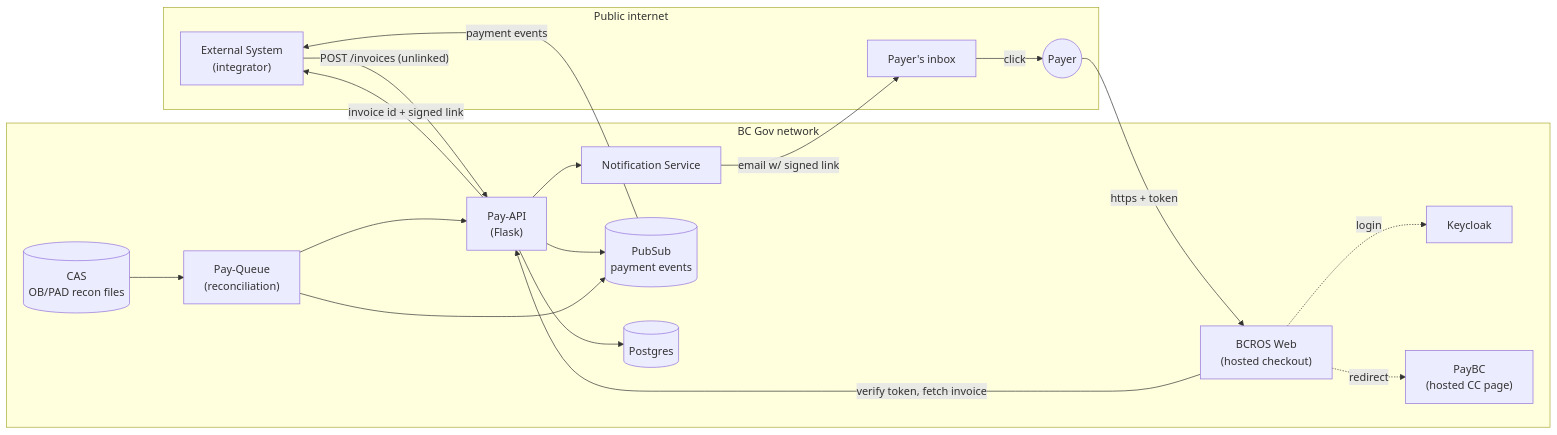
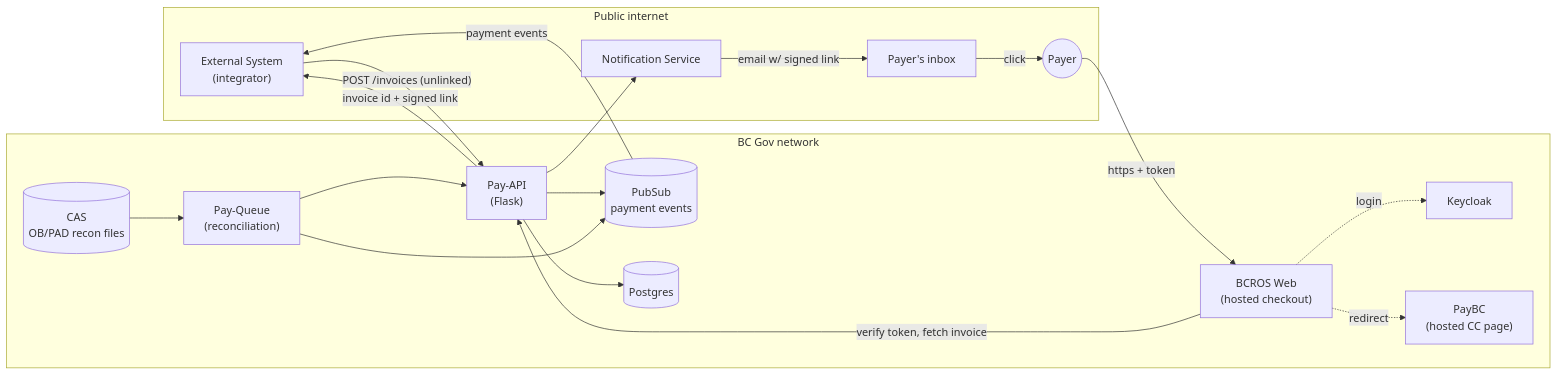
One commit to sumesh85/sbc-pay changed the first of 3 diagrams in docs/external-invoice-flow.md. Above: the diagram before and after it, drawn with Mermaid. The commit also changed other lines of this file, not shown here.

````diff
--- a/docs/external-invoice-flow.md
+++ b/docs/external-invoice-flow.md
@@ -18,36 +18,36 @@
 ```mermaid
 flowchart LR
   subgraph pub["Public internet"]
     ext["External System<br/>(integrator)"]
     payer(("Payer"))
     inbox["Payer's inbox"]
+    notif["Notification Service"]
   end
 
   subgraph gov["BC Gov network"]
     web["BCROS Web<br/>(hosted checkout)"]
     api["Pay-API<br/>(Flask)"]
-    notif["Notification Service"]
     kc["Keycloak"]
     paybc["PayBC<br/>(hosted CC page)"]
     ps[("PubSub<br/>payment events")]
     queue["Pay-Queue<br/>(reconciliation)"]
     db[("Postgres")]
     cas[("CAS<br/>OB/PAD recon files")]
   end
 
   ext -- "POST /invoices (unlinked)" --> api
   api -- "invoice id + signed link" --> ext
   api --> notif
   notif -- "email w/ signed link" --> inbox
   inbox -- "click" --> payer
   payer -- "https + token" --> web
   web -- "verify token, fetch invoice" --> api
   web -. redirect .-> paybc
   web -. login .-> kc
   api --> db
   api --> ps
   cas --> queue
   queue --> api
   queue --> ps
   ps -- "payment events" --> ext
 ```
````
